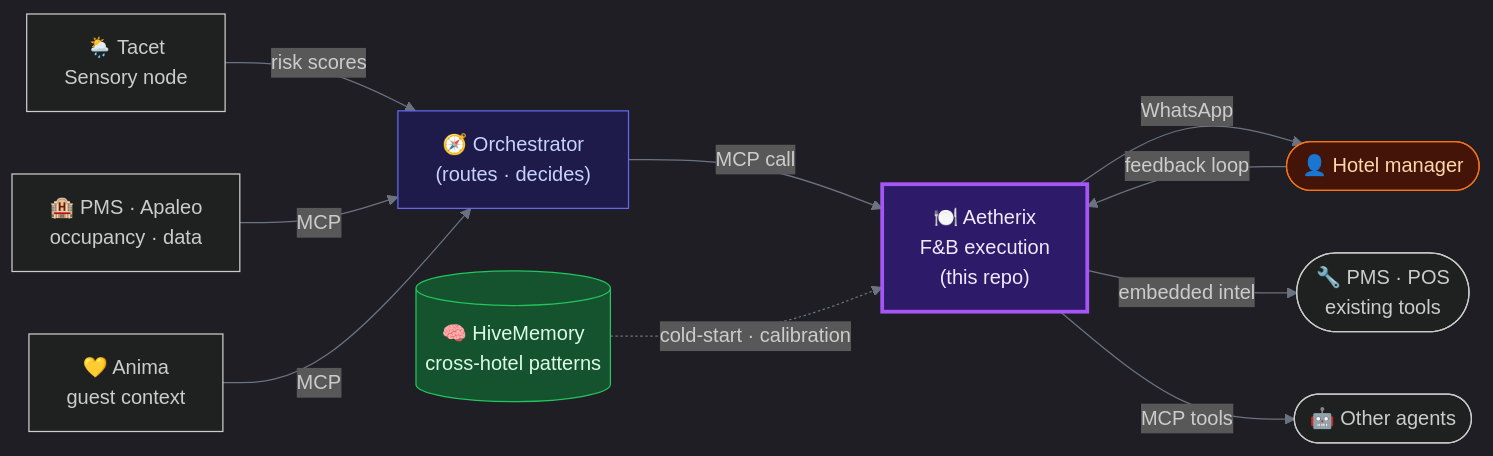
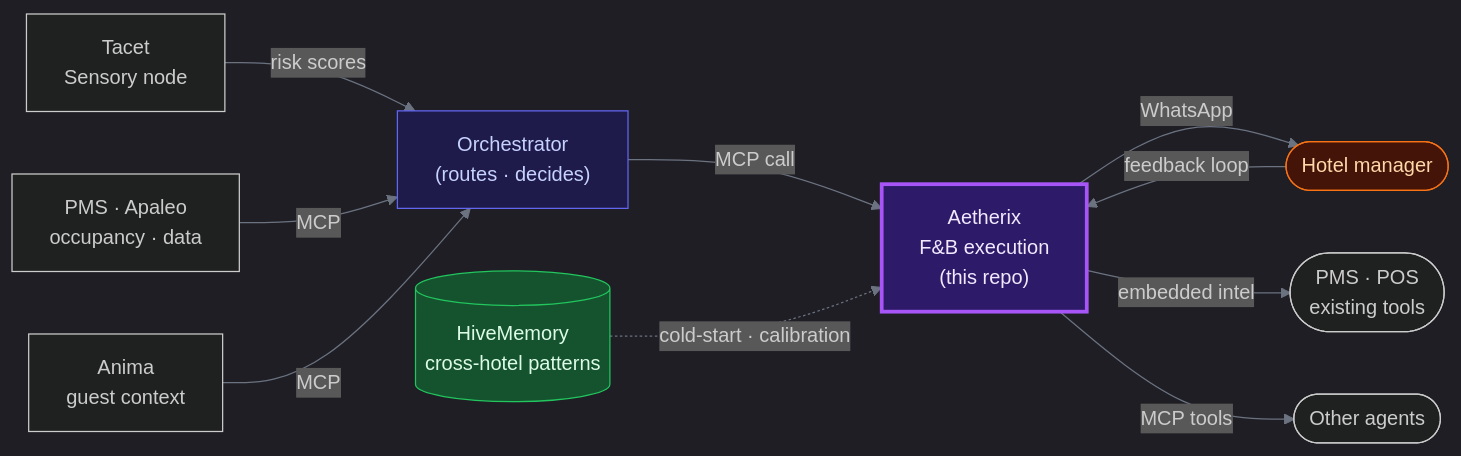
One commit to IvandeMurard/aetherix-hospitality-ai changed the first of 2 diagrams in README.md. Above: the diagram before and after it, drawn with Mermaid. The commit also changed other lines of this file, not shown here.

````diff
--- a/README.md
+++ b/README.md
@@ -83,18 +83,18 @@
 ```mermaid
 %%{init: {'theme':'dark','themeVariables':{'lineColor':'#6b7280','primaryColor':'#1e1b4b','primaryBorderColor':'#6366f1','primaryTextColor':'#e9d5ff'}}}%%
 flowchart LR
-    TACET["🌦️ Tacet\nSensory node"] -- "risk scores" --> ORCH
-    PMS["🏨 PMS · Apaleo\noccupancy · data"] -- "MCP" --> ORCH
-    ANIMA["💛 Anima\nguest context"] -- "MCP" --> ORCH
-    ORCH["🧭 Orchestrator\n(routes · decides)"] -- "MCP call" --> AETX
-    AETX["🍽️ Aetherix\nF&B execution\n(this repo)"] -- "WhatsApp" --> MGR(["👤 Hotel manager"])
-    AETX -- "embedded intel" --> TOOLS(["🔧 PMS · POS\nexisting tools"])
-    AETX -- "MCP tools" --> OAGENTS(["🤖 Other agents"])
+    TACET[" Tacet\nSensory node"] -- "risk scores" --> ORCH
+    PMS[" PMS · Apaleo\noccupancy · data"] -- "MCP" --> ORCH
+    ANIMA[" Anima\nguest context"] -- "MCP" --> ORCH
+    ORCH[" Orchestrator\n(routes · decides)"] -- "MCP call" --> AETX
+    AETX[" Aetherix\nF&B execution\n(this repo)"] -- "WhatsApp" --> MGR([" Hotel manager"])
+    AETX -- "embedded intel" --> TOOLS([" PMS · POS\nexisting tools"])
+    AETX -- "MCP tools" --> OAGENTS([" Other agents"])
     MGR -- "feedback loop" --> AETX
-    HIVE[("🧠 HiveMemory\ncross-hotel patterns")] -. "cold-start · calibration" .-> AETX
+    HIVE[(" HiveMemory\ncross-hotel patterns")] -. "cold-start · calibration" .-> AETX
 
     style AETX fill:#2d1b69,stroke:#a855f7,stroke-width:3px,color:#f3e8ff
     style ORCH fill:#1e1b4b,stroke:#6366f1,color:#c7d2fe
     style MGR fill:#431407,stroke:#f97316,color:#fed7aa
     style HIVE fill:#14532d,stroke:#22c55e,color:#dcfce7
 ```
````
